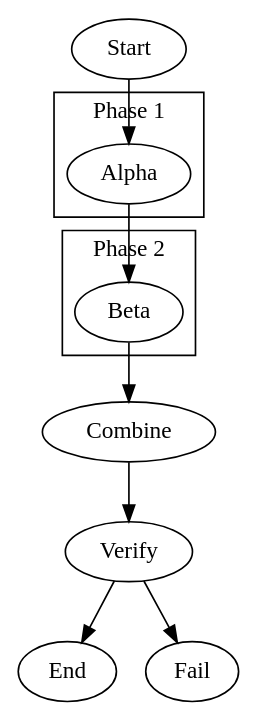
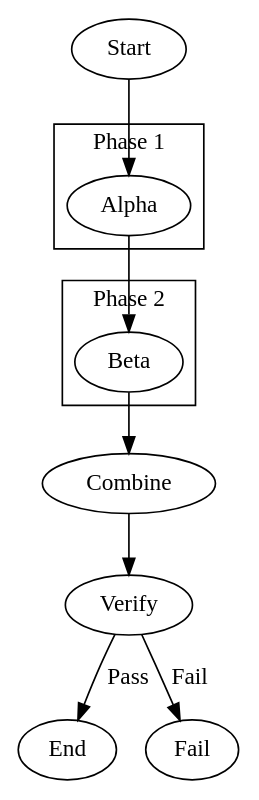
Before and after one commit to stencila/stencila: the diagram in .stencila/workflows/test-subgraph-defaults/WORKFLOW.md, drawn with Graphviz. The commit also changed 21 other files, not shown here.

````diff
--- a/.stencila/workflows/test-subgraph-defaults/WORKFLOW.md
+++ b/.stencila/workflows/test-subgraph-defaults/WORKFLOW.md
@@ -9,30 +9,30 @@
 ```dot
 digraph Workflow {
   Start -> Alpha
 
   subgraph cluster_phase1 {
   label = "Phase 1"
   node [class="fast"]
 
   Alpha [prompt="Reply with ONLY the word: alpha"]
   }
   Alpha -> Beta
 
   subgraph cluster_phase2 {
   label = "Phase 2"
   node [class="fast"]
 
   Beta [prompt="Reply with ONLY the word: beta"]
   }
   Beta -> Combine
 
   Combine [prompt="List the two words from previous stages separated by a comma. Reply with ONLY the list."]
   Combine -> Verify
 
-  Verify [prompt="Does '$last_output' contain both 'alpha' and 'beta'? Reply with ONLY yes or no in lowercase, nothing else."]
-  Verify -> End  [condition="context.last_output=yes"]
-  Verify -> Fail
+  Verify [prompt="Does '$last_output' contain both 'alpha' and 'beta'? Verify the result and choose Pass or Fail."]
+  Verify -> End  [label="Pass"]
+  Verify -> Fail [label="Fail"]
 
   Fail
 }
 ```
````
